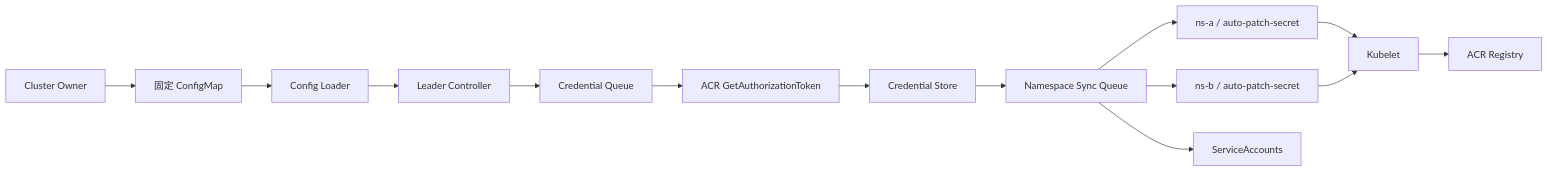
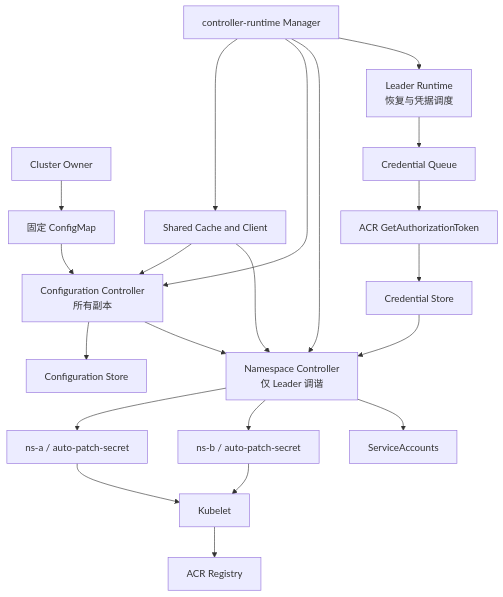
Before and after one commit to RyanWang945/kubernetes-registry-secret-controller: the diagram in docs/design.md, drawn with Mermaid. The commit also changed other lines of this file and 15 other files, not shown here.

Commit message:
refactor: adopt controller-runtime manager

```diff
--- a/docs/design.md
+++ b/docs/design.md
@@ -212,16 +212,23 @@
 ~~~mermaid
-flowchart LR
+flowchart TB
     Owner[Cluster Owner] --> Config[固定 ConfigMap]
-    Config --> Loader[Config Loader]
-    Loader --> Controller[Leader Controller]
-    Controller --> TokenQueue[Credential Queue]
+    Manager[controller-runtime Manager] --> Cache[Shared Cache and Client]
+    Manager --> ConfigController[Configuration Controller<br/>所有副本]
+    Manager --> NamespaceController[Namespace Controller<br/>仅 Leader 调谐]
+    Manager --> LeaderRuntime[Leader Runtime<br/>恢复与凭据调度]
+    Cache --> ConfigController
+    Cache --> NamespaceController
+    Config --> ConfigController
+    ConfigController --> ConfigStore[Configuration Store]
+    ConfigController --> NamespaceController
+    LeaderRuntime --> TokenQueue[Credential Queue]
     TokenQueue --> ACR[ACR GetAuthorizationToken]
-    ACR --> Store[Credential Store]
-    Store --> SyncQueue[Namespace Sync Queue]
-    SyncQueue --> SecretA[ns-a / auto-patch-secret]
-    SyncQueue --> SecretB[ns-b / auto-patch-secret]
-    SyncQueue --> SA[ServiceAccounts]
+    ACR --> CredentialStore[Credential Store]
+    CredentialStore --> NamespaceController
+    NamespaceController --> SecretA[ns-a / auto-patch-secret]
+    NamespaceController --> SecretB[ns-b / auto-patch-secret]
+    NamespaceController --> SA[ServiceAccounts]
     SecretA --> Kubelet[Kubelet]
     SecretB --> Kubelet
     Kubelet --> Registry[ACR Registry]
 ~~~
```
